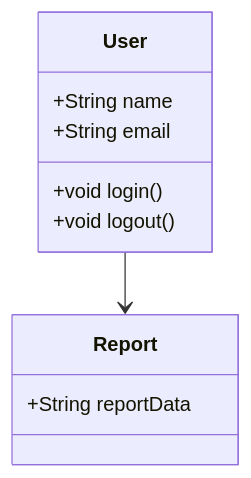
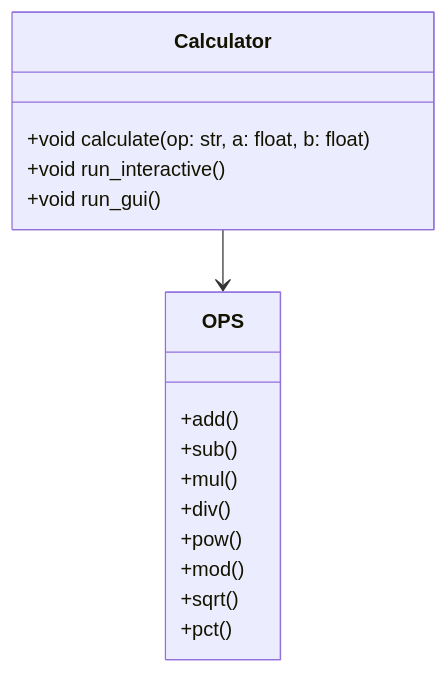
One commit to thoaihcmc/docs-pipeline-e2e-test changed the diagram in docs/diagrams/class.mmd. Above: the diagram before and after it, drawn with Mermaid. The commit also changed 6 other files, not shown here.

Commit message:
docs: auto-generate FDD, BDD, ADD and diagrams for 4ce49b000eb902ba9ecafbc721b8a65889576ca4

````diff
--- a/docs/diagrams/class.mmd
+++ b/docs/diagrams/class.mmd
@@ -1,13 +1,19 @@
 ```mermaid  
   classDiagram  
-    class User {  
-      +String name  
-      +String email  
-      +void login()  
-      +void logout()  
+    class Calculator {  
+      +void calculate(op: str, a: float, b: float)  
+      +void run_interactive()  
+      +void run_gui()  
     }  
-    class Report {  
-      +String reportData  
+    class OPS {  
+      +add()  
+      +sub()  
+      +mul()  
+      +div()  
+      +pow()  
+      +mod()  
+      +sqrt()  
+      +pct()  
     }  
-    User --> Report
+    Calculator --> OPS
 ```
````
